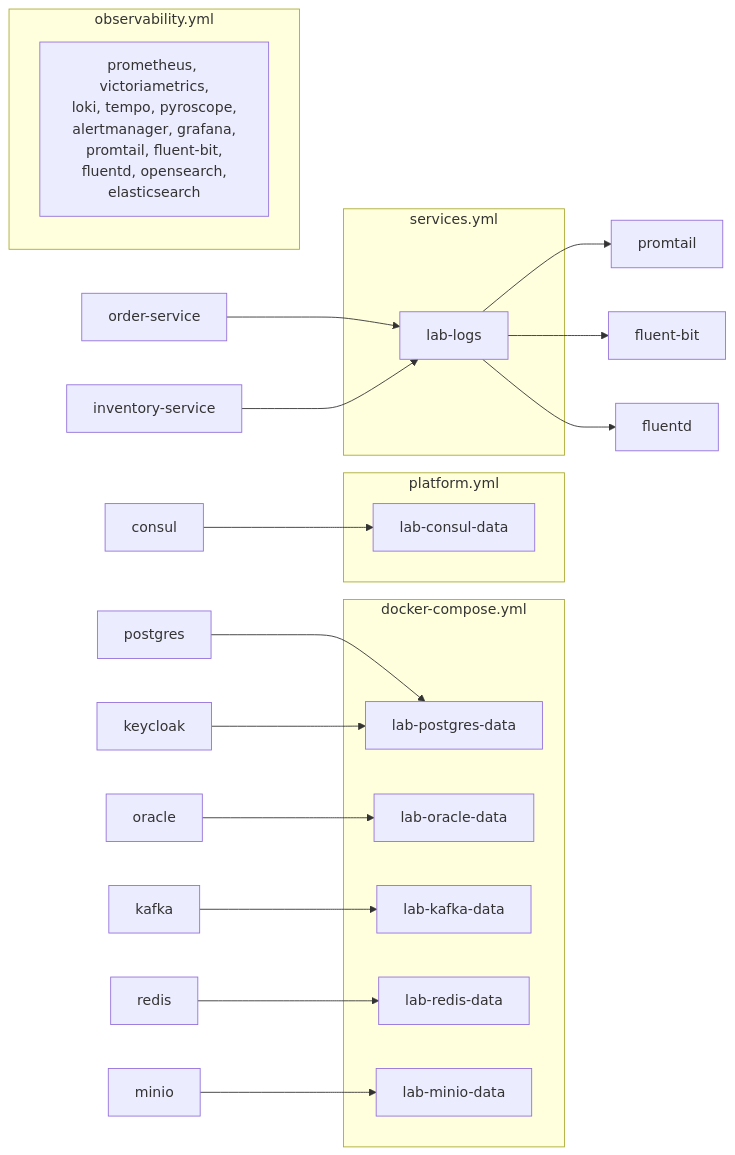
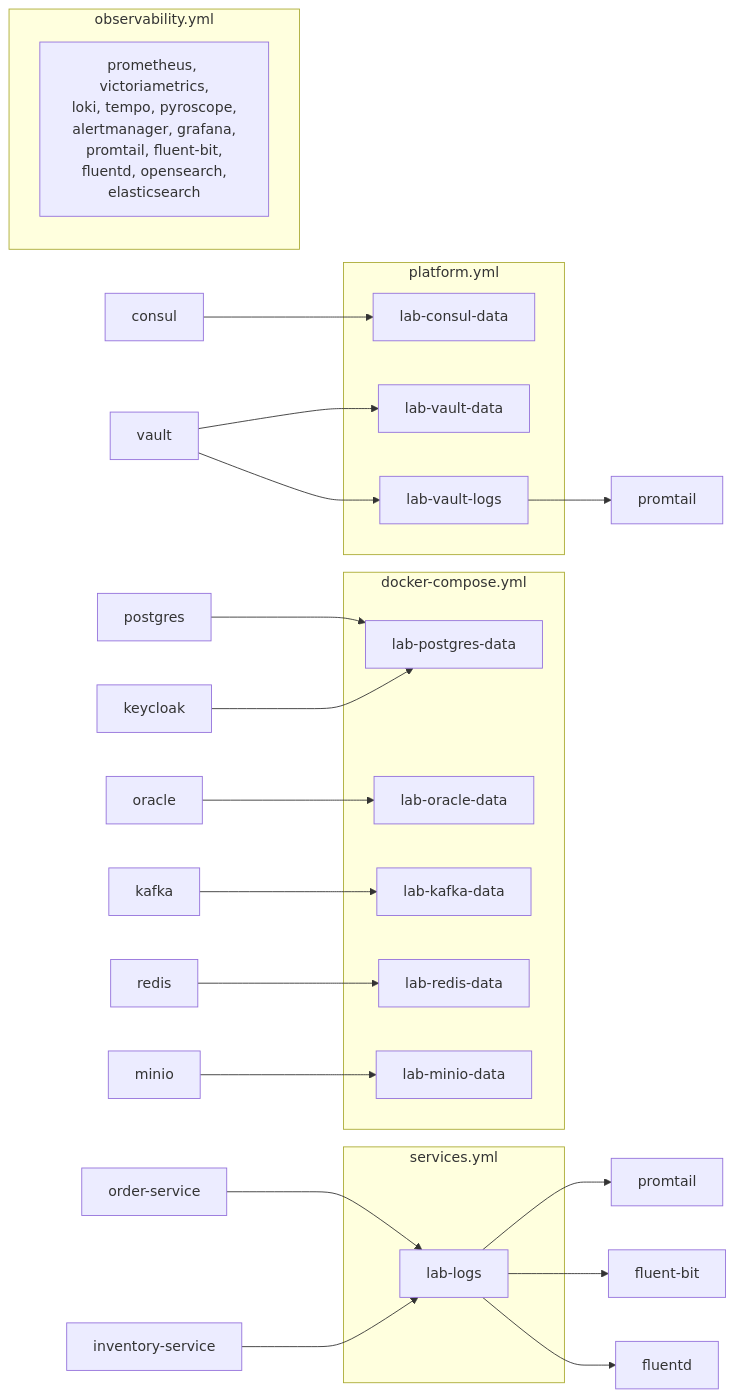
One commit to minhvuongvu/observability-lab-parent changed the sixth of 7 diagrams in docs/InfrastructureDiagram.md. Above: the diagram before and after it, drawn with Mermaid. The commit also changed other lines of this file and 44 other files, not shown here.

````diff
--- a/docs/InfrastructureDiagram.md
+++ b/docs/InfrastructureDiagram.md
@@ -496,33 +500,38 @@
 ```mermaid
 flowchart LR
     subgraph core["docker-compose.yml"]
         V1[lab-postgres-data]
         V2[lab-oracle-data]
         V3[lab-kafka-data]
         V4[lab-redis-data]
         V5[lab-minio-data]
     end
     subgraph plat["platform.yml"]
         V6[lab-consul-data]
+        V9[lab-vault-data]
+        V10[lab-vault-logs]
     end
     subgraph svc["services.yml"]
         V7[lab-logs]
     end
     subgraph obs["observability.yml"]
         V8["prometheus, victoriametrics,<br/>loki, tempo, pyroscope,<br/>alertmanager, grafana,<br/>promtail, fluent-bit,<br/>fluentd, opensearch,<br/>elasticsearch"]
     end
 
     PG[postgres] --> V1
     KC[keycloak] --> V1
     OR[oracle] --> V2
     KA[kafka] --> V3
     RE[redis] --> V4
     MI[minio] --> V5
     CO[consul] --> V6
+    VA[vault] --> V9
+    VA --> V10
+    V10 --> PT2[promtail]
 
     OS[order-service] --> V7
     IS[inventory-service] --> V7
     V7 --> PT[promtail]
     V7 --> FB[fluent-bit]
     V7 --> FD[fluentd]
 ```
````
